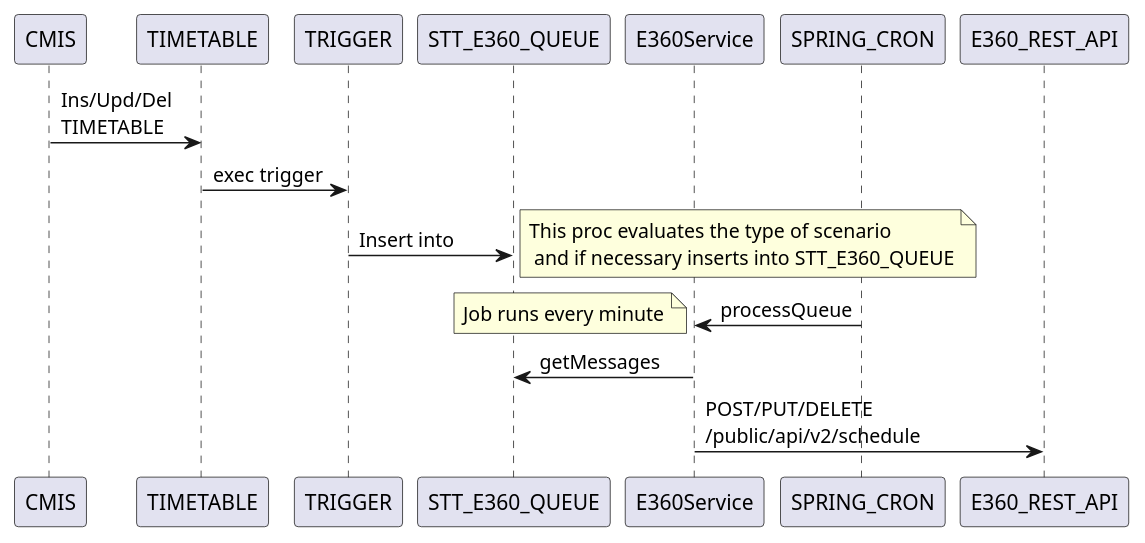
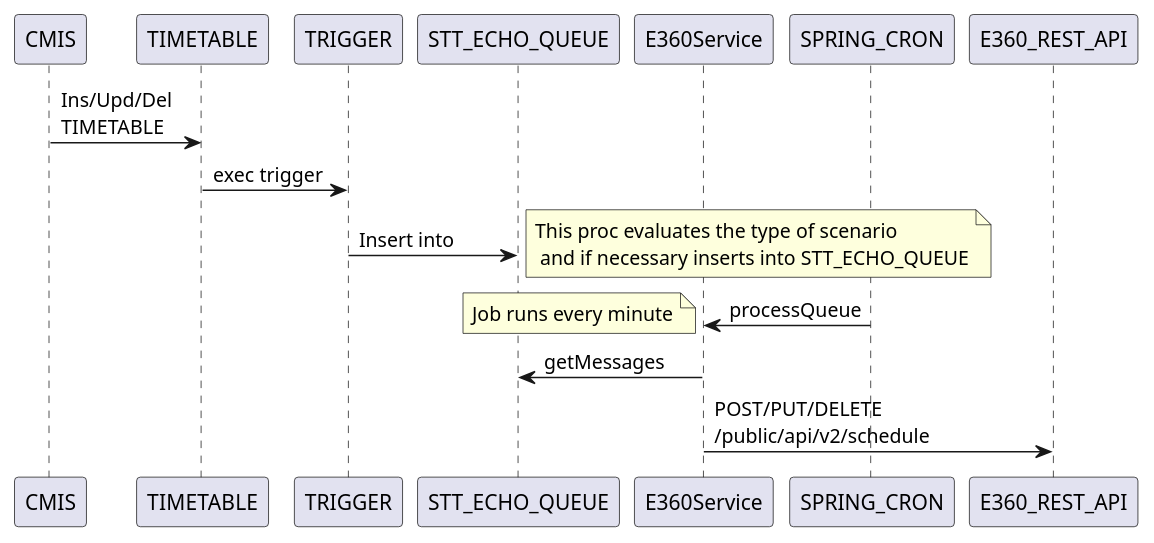
The diagram in img/seq.puml (ororker/cmis-e360), drawn with PlantUML before and after one commit. The commit also changed 1 other file, not shown here.

Commit message:
update seq diagram to correct table name

```diff
--- a/img/seq.puml
+++ b/img/seq.puml
@@ -1,10 +1,10 @@
 @startuml
 CMIS -> TIMETABLE: Ins/Upd/Del \nTIMETABLE
 TIMETABLE -> TRIGGER: exec trigger
-TRIGGER -> STT_E360_QUEUE: Insert into
-note right: This proc evaluates the type of scenario\n and if necessary inserts into STT_E360_QUEUE
+TRIGGER -> STT_ECHO_QUEUE: Insert into
+note right: This proc evaluates the type of scenario\n and if necessary inserts into STT_ECHO_QUEUE
 E360Service<-SPRING_CRON  : processQueue
 note left: Job runs every minute
-E360Service -> STT_E360_QUEUE: getMessages
+E360Service -> STT_ECHO_QUEUE: getMessages
 E360Service -> E360_REST_API: POST/PUT/DELETE \n/public/api/v2/schedule
 @enduml
```
